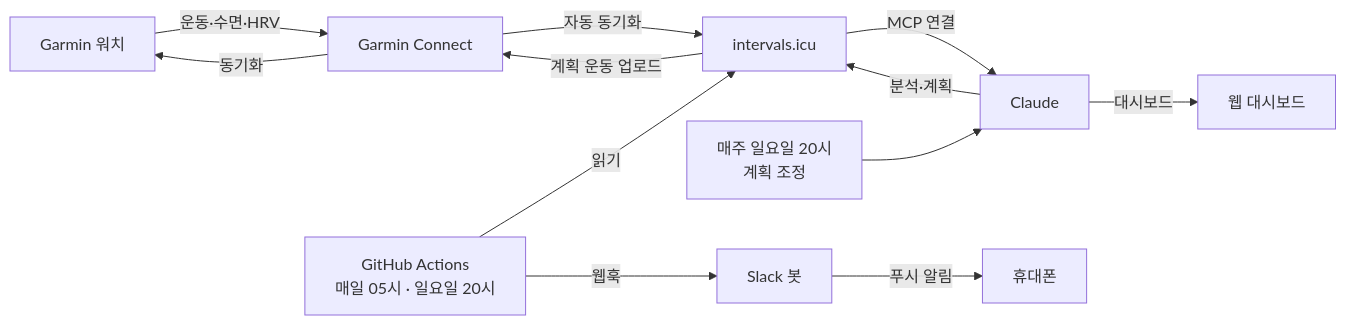
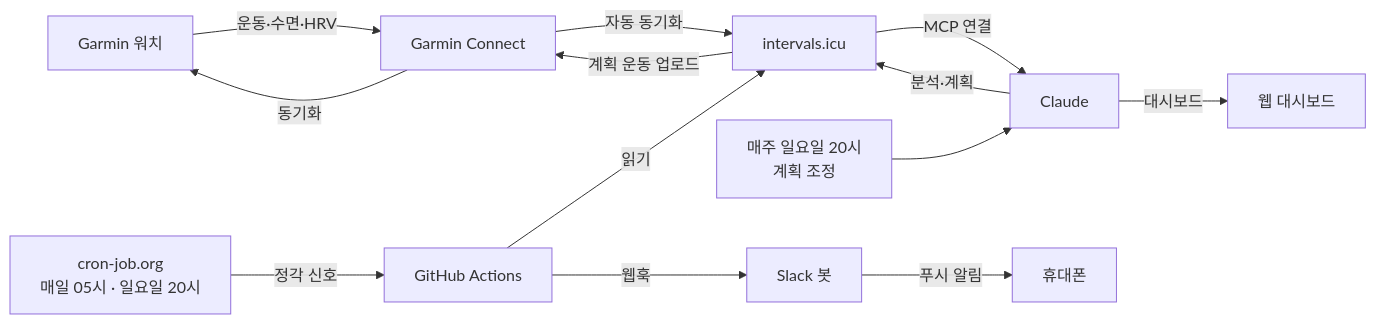
The diagram in README.md (Aasalia0925/sub5-marathon-coach), drawn with Mermaid before and after one commit. The commit also changed other lines of this file and 3 other files, not shown here.

First line of the commit message:
cron-job.org로 알림을 정각에 실행하는 방법 추가

````diff
--- a/README.md
+++ b/README.md
@@ -12,14 +12,15 @@
 ```mermaid
 flowchart LR
     W[Garmin 워치] -- 운동·수면·HRV --> GC[Garmin Connect]
     GC -- 자동 동기화 --> I[intervals.icu]
     I -- MCP 연결 --> C[Claude]
     C -- 분석·계획 --> I
     I -- 계획 운동 업로드 --> GC
     GC -- 동기화 --> W
     C -- 대시보드 --> D[웹 대시보드]
     S[매주 일요일 20시<br/>계획 조정] --> C
-    GA[GitHub Actions<br/>매일 05시 · 일요일 20시] -- 읽기 --> I
+    CJ[cron-job.org<br/>매일 05시 · 일요일 20시] -- 정각 신호 --> GA[GitHub Actions]
+    GA -- 읽기 --> I
     GA -- 웹훅 --> SL[Slack 봇]
     SL -- 푸시 알림 --> P[휴대폰]
 ```
````
